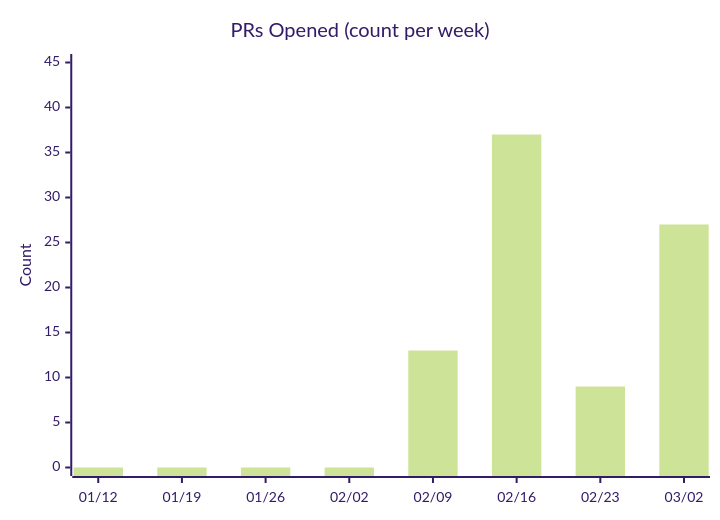
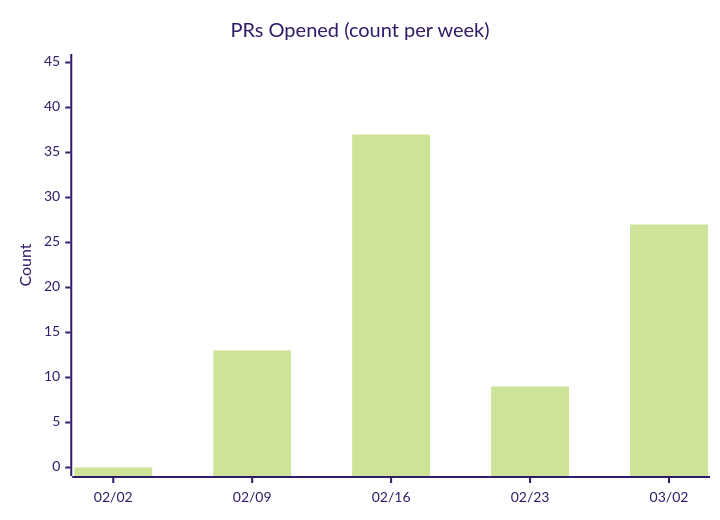
One commit to nablarch/nabledge-dev changed the seventh of 13 diagrams in docs/metrics.md. Above: the diagram before and after it, drawn with Mermaid (forest theme). The commit also changed other lines of this file and 2 other files, not shown here.

First line of the commit message:
feat: simplify DORA scorecard table and start charts from first commit

````diff
--- a/docs/metrics.md
+++ b/docs/metrics.md
@@ -81,7 +82,7 @@
 ```mermaid
 xychart-beta
   title "PRs Opened (count per week)"
-  x-axis ["01/12", "01/19", "01/26", "02/02", "02/09", "02/16", "02/23", "03/02"]
+  x-axis ["02/02", "02/09", "02/16", "02/23", "03/02"]
   y-axis "Count" 0 --> 45
-  bar [0, 0, 0, 0, 13, 37, 9, 27]
+  bar [0, 13, 37, 9, 27]
 ```
````
